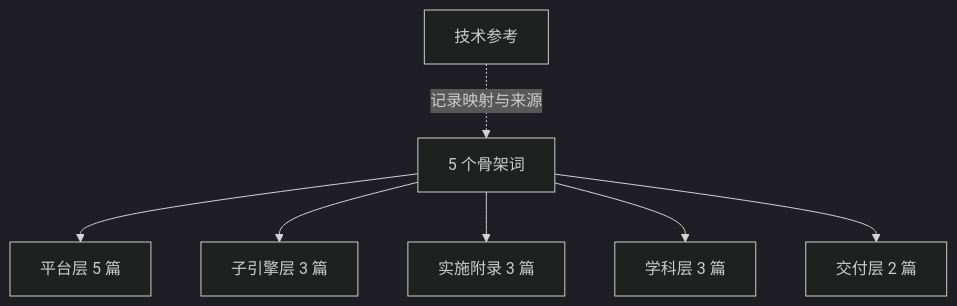
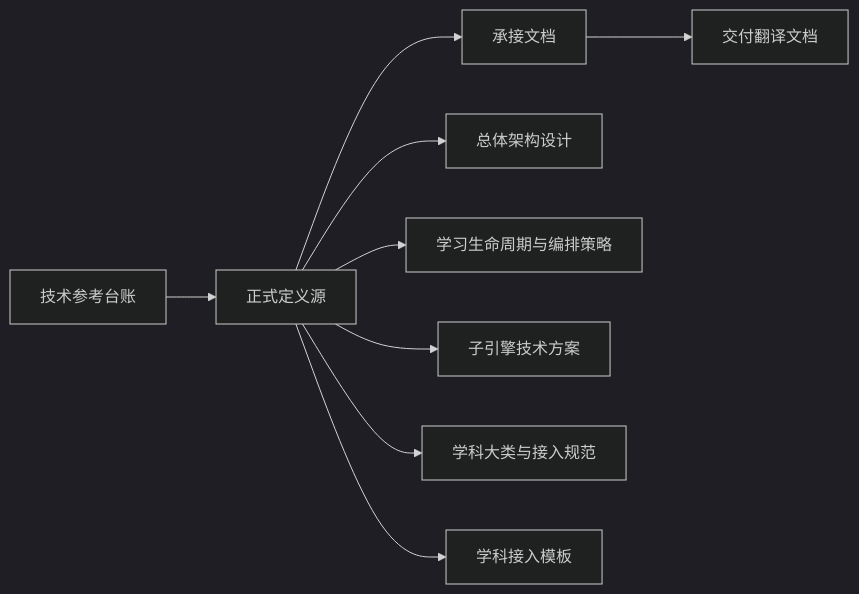
One commit to chenqsq/doc-showcase changed the third of 4 diagrams in CLAW_CODE_ANALYSIS_REPORT.md. Above: the diagram before and after it, drawn with Mermaid (dark theme). The commit also changed other lines of this file and 16 other files, not shown here.

````diff
--- a/CLAW_CODE_ANALYSIS_REPORT.md
+++ b/CLAW_CODE_ANALYSIS_REPORT.md
@@ -126,9 +138,11 @@
 ```mermaid
-flowchart TD
-    A[5 个骨架词] --> B[平台层 5 篇]
-    A --> C[子引擎层 3 篇]
-    A --> D[实施附录 3 篇]
-    A --> E[学科层 3 篇]
-    A --> F[交付层 2 篇]
-    G[技术参考] -.记录映射与来源.-> A
+flowchart LR
+    A[技术参考台账] --> B[正式定义源]
+    B --> C[承接文档]
+    C --> D[交付翻译文档]
+    B --> E[总体架构设计]
+    B --> F[学习生命周期与编排策略]
+    B --> G[子引擎技术方案]
+    B --> H[学科大类与接入规范]
+    B --> I[学科接入模板]
 ```
````
